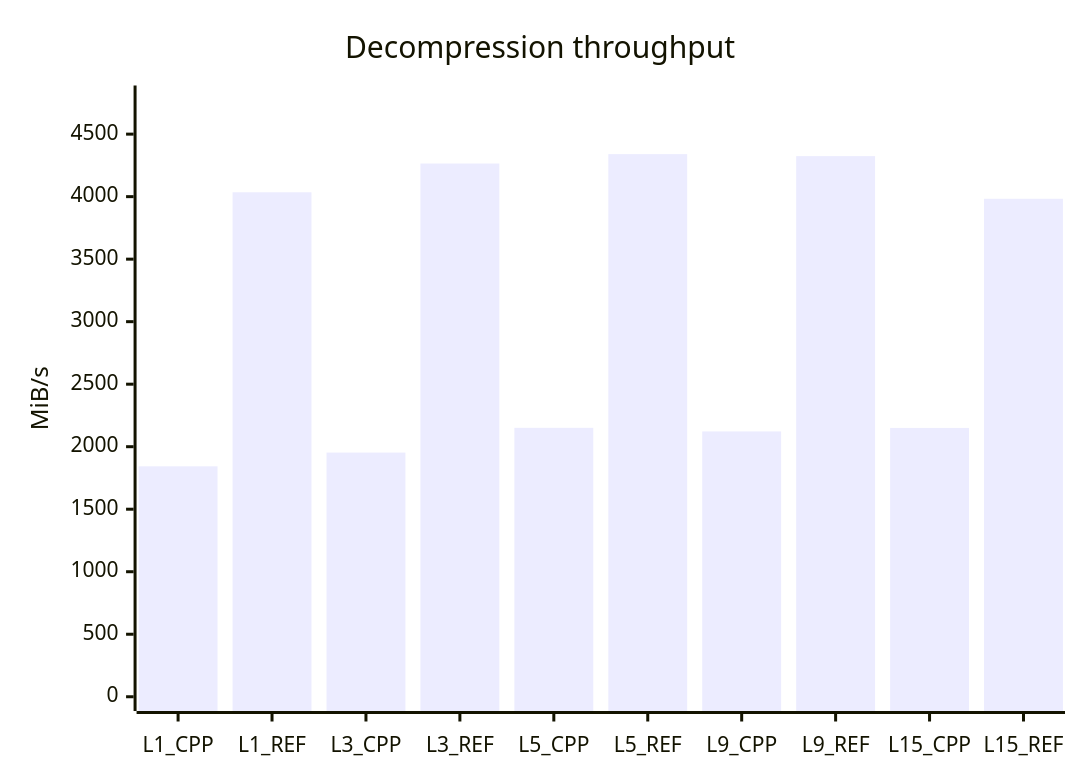
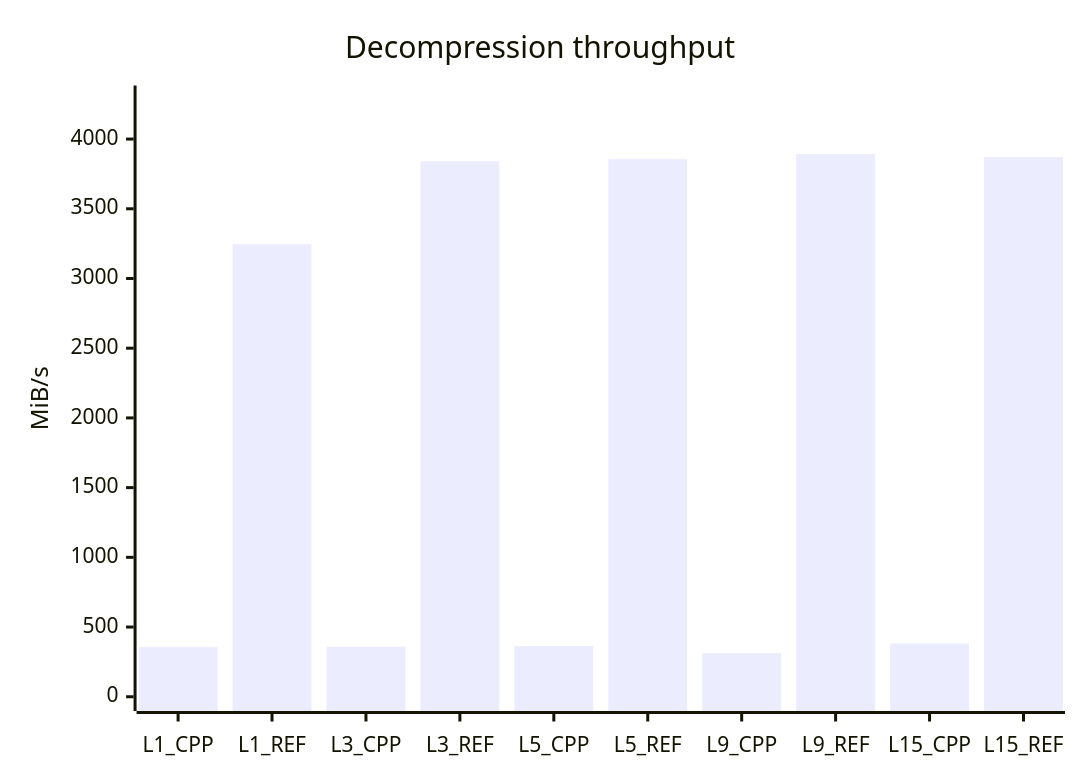
One commit to mheyman/zstdpp changed the fifth of 7 diagrams in README.md. Above: the diagram before and after it, drawn with Mermaid. The commit also changed other lines of this file, not shown here.

````diff
--- a/README.md
+++ b/README.md
@@ -151,7 +160,7 @@
 ```mermaid
 xychart-beta
     title "Decompression throughput"
     x-axis [L1_CPP, L1_REF, L3_CPP, L3_REF, L5_CPP, L5_REF, L9_CPP, L9_REF, L15_CPP, L15_REF]
-    y-axis "MiB/s" 0 --> 4775
-    bar [1843, 4035, 1953, 4265, 2151, 4340, 2122, 4324, 2150, 3983]
+    y-axis "MiB/s" 0 --> 4282
+    bar [356, 3246, 359, 3840, 364, 3856, 313, 3892, 382, 3871]
 ```
````
